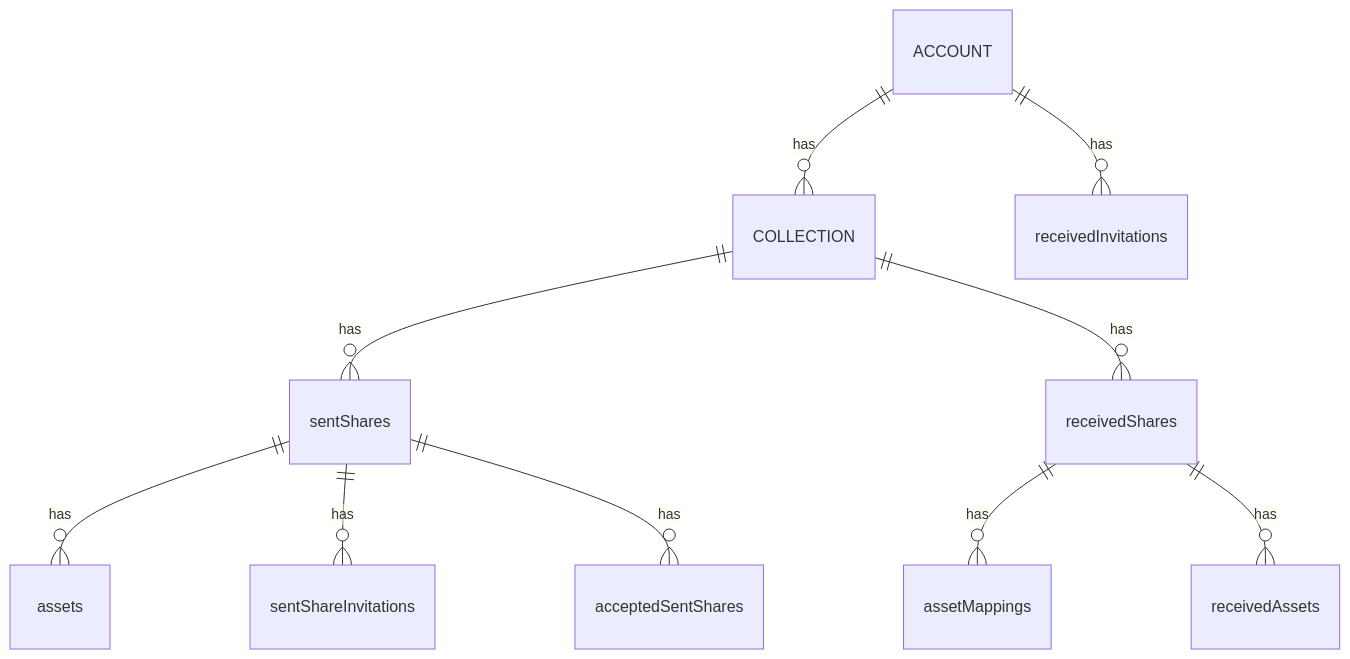
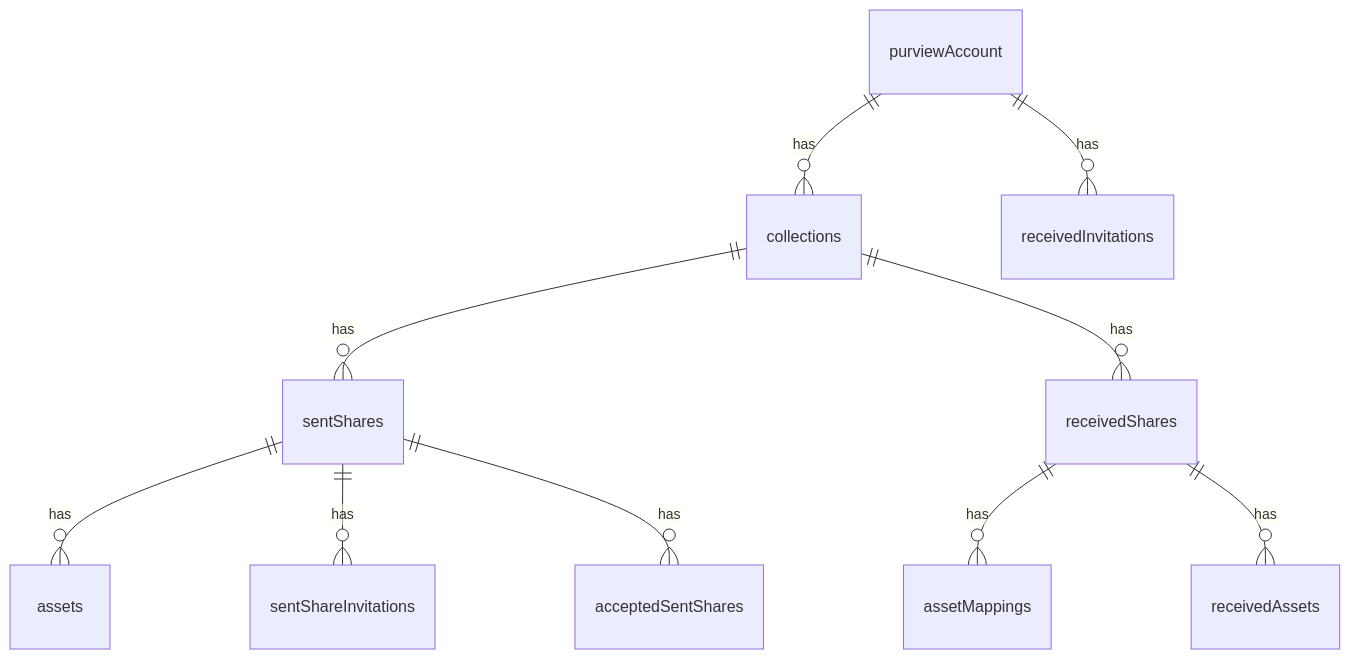
The first of 2 diagrams in doc/commands/share/main.md (tayganr/purviewcli), drawn with Mermaid before and after one commit. The commit also changed other lines of this file, not shown here.

````diff
--- a/doc/commands/share/main.md
+++ b/doc/commands/share/main.md
@@ -69,12 +69,12 @@
 ```mermaid
 erDiagram
-    ACCOUNT ||--o{ COLLECTION : has
-    ACCOUNT ||--o{ receivedInvitations : has
-    COLLECTION ||--o{ sentShares : has
-    COLLECTION ||--o{ receivedShares : has
+    purviewAccount ||--o{ collections : has
+    purviewAccount ||--o{ receivedInvitations : has
+    collections ||--o{ sentShares : has
+    collections ||--o{ receivedShares : has
     receivedShares ||--o{ assetMappings : has
     receivedShares ||--o{ receivedAssets : has
     sentShares || --o{ assets : has
     sentShares || --o{ sentShareInvitations : has
     sentShares ||--o{ acceptedSentShares : has
 ```
````
